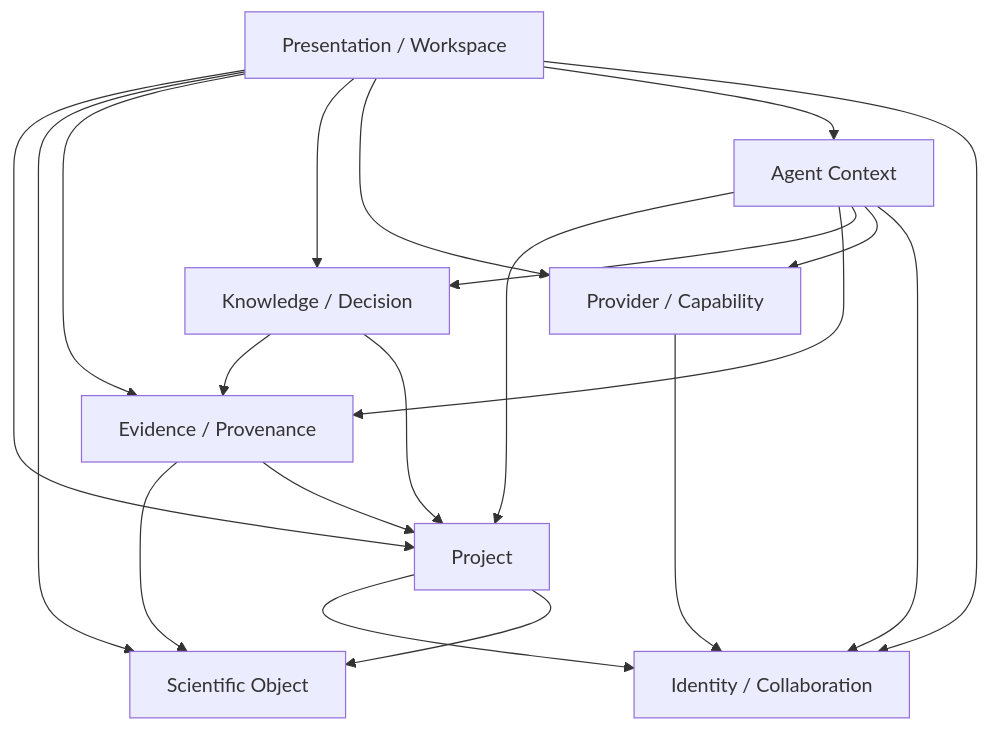
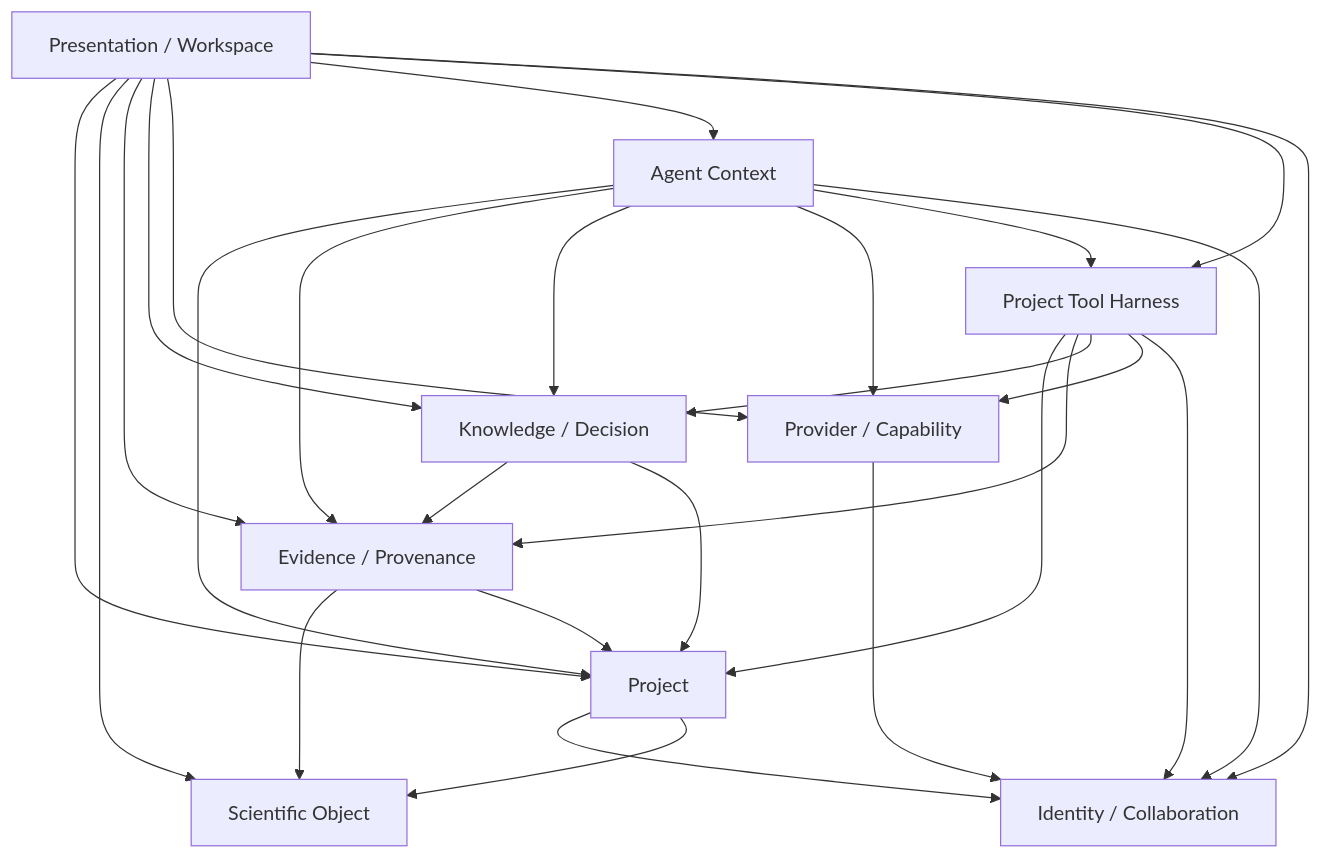
Before and after one commit to YaoYinYing/REvoLab: the diagram in docs/architecture/DOMAIN_BOUNDARIES.md, drawn with Mermaid. The commit also changed other lines of this file and 51 other files, not shown here.

First line of the commit message:
feat(phase 7): add project tool harness and analysis runtime (#8)

````diff
--- a/docs/architecture/DOMAIN_BOUNDARIES.md
+++ b/docs/architecture/DOMAIN_BOUNDARIES.md
@@ -238,36 +275,45 @@
 ```mermaid
 flowchart TB
     PW["Presentation / Workspace"]
     AC["Agent Context"]
+    PT["Project Tool Harness"]
     PC["Provider / Capability"]
     IC["Identity / Collaboration"]
     KD["Knowledge / Decision"]
     EP["Evidence / Provenance"]
     SO["Scientific Object"]
     PJ["Project"]
 
     PW --> PJ
     PW --> SO
     PW --> EP
     PW --> KD
     PW --> PC
     PW --> AC
+    PW --> PT
     PW --> IC
 
     AC --> PJ
     AC --> EP
     AC --> KD
     AC --> PC
+    AC --> PT
     AC --> IC
+
+    PT --> PJ
+    PT --> EP
+    PT --> KD
+    PT --> PC
+    PT --> IC
 
     PJ --> IC
     PJ --> SO
 
     EP --> SO
     EP --> PJ
 
     KD --> EP
     KD --> PJ
 
     PC --> IC
 ```
````
